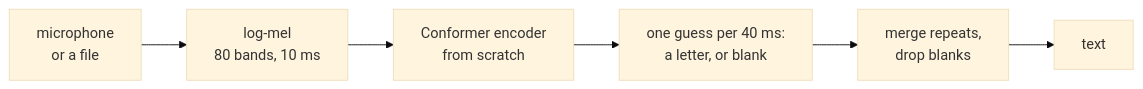
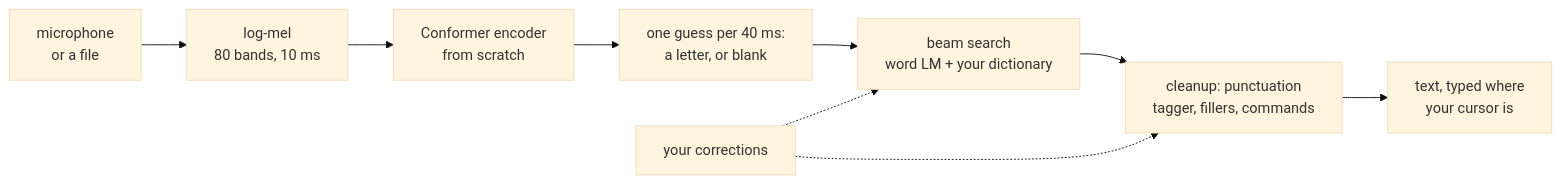
Before and after one commit to kunwarmahen/aksharallm: the first of 7 diagrams in docs/23-speech-recognition.md, drawn with Mermaid (base theme). The commit also changed other lines of this file and 27 other files, not shown here.

First line of the commit message:
Finish dictation: a punctuation tagger, corrections that stick, and a hotkey

````diff
--- a/docs/23-speech-recognition.md
+++ b/docs/23-speech-recognition.md
@@ -9,8 +9,11 @@
 ```mermaid
 flowchart LR
     M["microphone<br/>or a file"] --> F["log-mel<br/>80 bands, 10 ms"]
     F --> E["Conformer encoder<br/>from scratch"]
     E --> C["one guess per 40 ms:<br/>a letter, or blank"]
-    C --> G["merge repeats,<br/>drop blanks"]
-    G --> T["text"]
+    C --> G["beam search<br/>word LM + your dictionary"]
+    G --> W["cleanup: punctuation<br/>tagger, fillers, commands"]
+    W --> T["text, typed where<br/>your cursor is"]
+    U["your corrections"] -.-> G
+    U -.-> W
 ```
````
